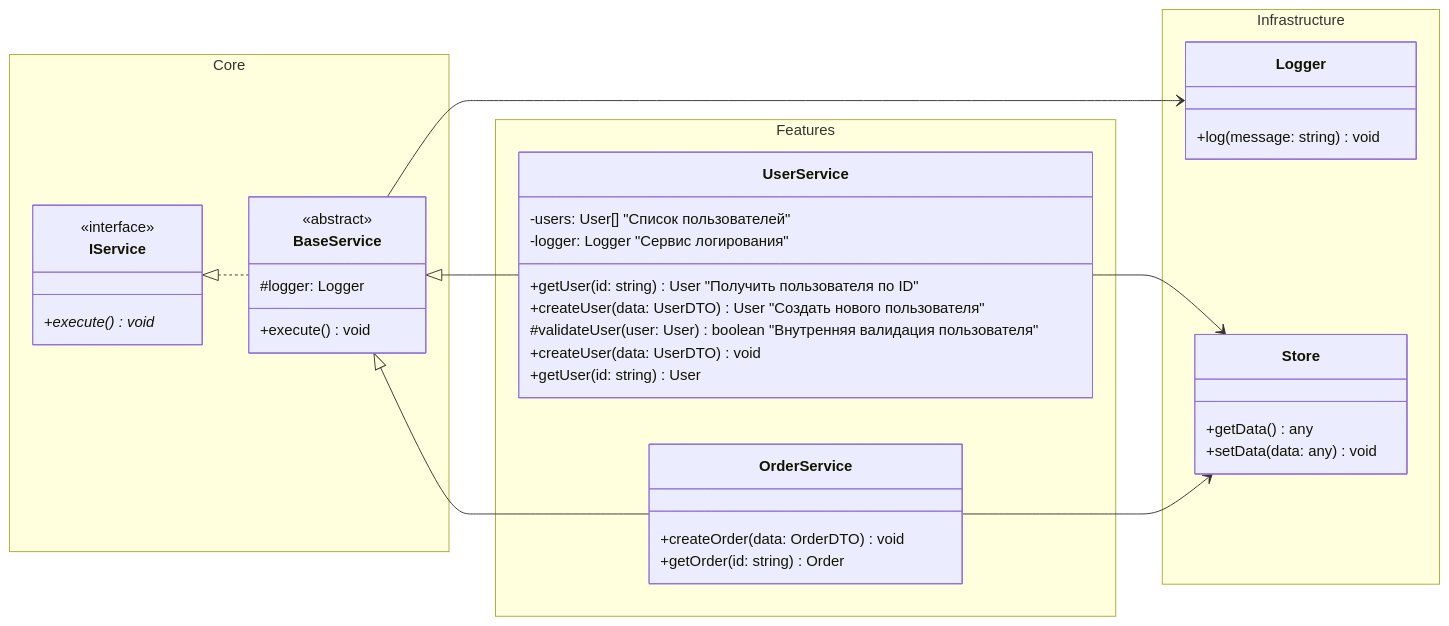
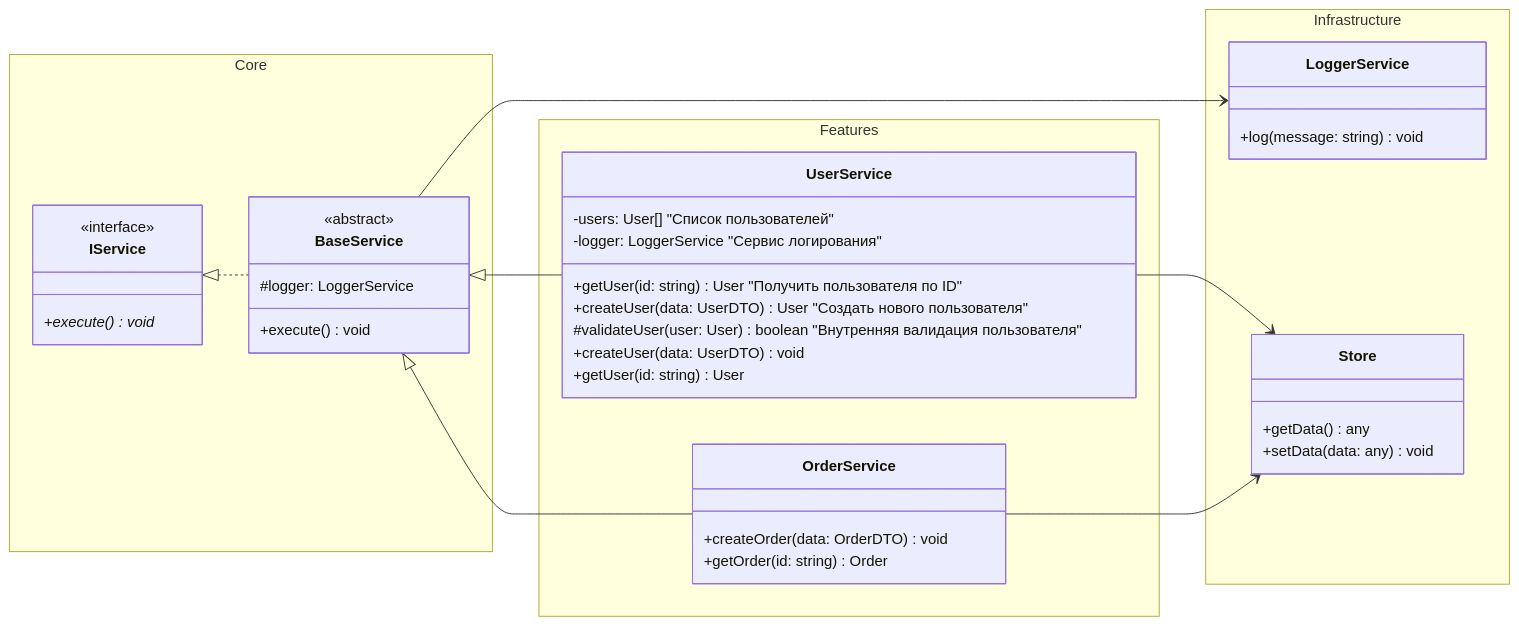
Before and after one commit to Vlad92msk/social_network.v2: the second of 2 diagrams in tutorials/diagrams/classes.md, drawn with Mermaid. The commit also changed other lines of this file and 38 other files, not shown here.

````diff
--- a/tutorials/diagrams/classes.md
+++ b/tutorials/diagrams/classes.md
@@ -92,56 +92,56 @@
 ```mermaid
 classDiagram
     direction LR
 
     class UserService {
         -users: User[] "Список пользователей"
-        -logger: Logger "Сервис логирования"
+        -logger: LoggerService "Сервис логирования"
         +getUser(id: string) User "Получить пользователя по ID"
         +createUser(data: UserDTO) User "Создать нового пользователя"
         #validateUser(user: User) boolean "Внутренняя валидация пользователя"
     }
     
     %% Core Layer
     namespace Core {
         class IService {
             <<interface>>
             +execute()* void
         }
         class BaseService {
             <<abstract>>
-            #logger: Logger
+            #logger: LoggerService
             +execute() void
         }
     }
     
     %% Infrastructure Layer
     namespace Infrastructure {
-        class Logger {
+        class LoggerService {
             +log(message: string) void
         }
         class Store {
             +getData() any
             +setData(data: any) void
         }
     }
     
     %% Feature Layer
     namespace Features {
         class UserService {
             +createUser(data: UserDTO) void
             +getUser(id: string) User
         }
         class OrderService {
             +createOrder(data: OrderDTO) void
             +getOrder(id: string) Order
         }
     }
     
     %% Зависимости - влияют на расположение
     IService <|.. BaseService
     BaseService <|-- UserService
     BaseService <|-- OrderService
-    BaseService --> Logger
+    BaseService --> LoggerService
     UserService --> Store
     OrderService --> Store
 ```
````
